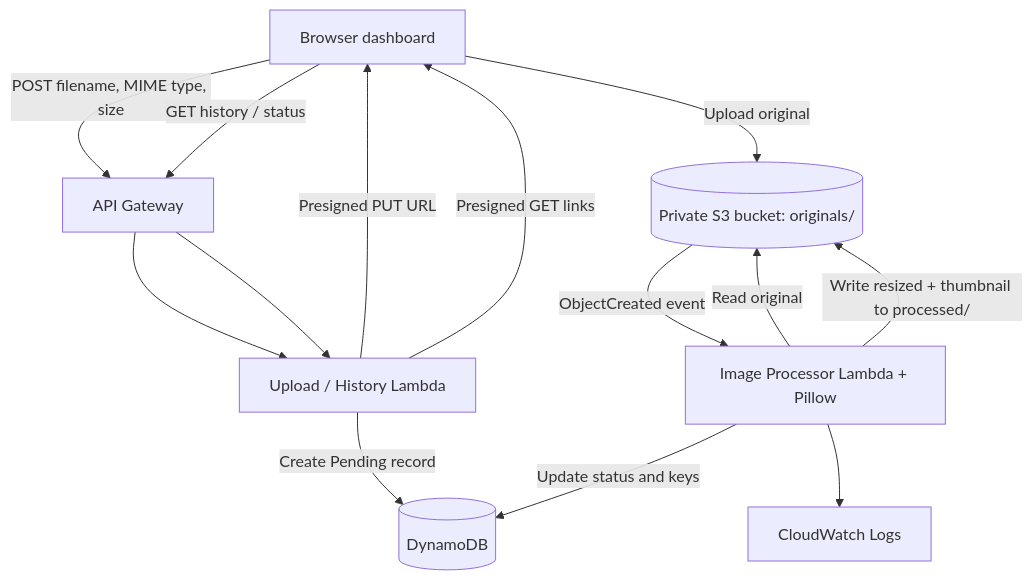
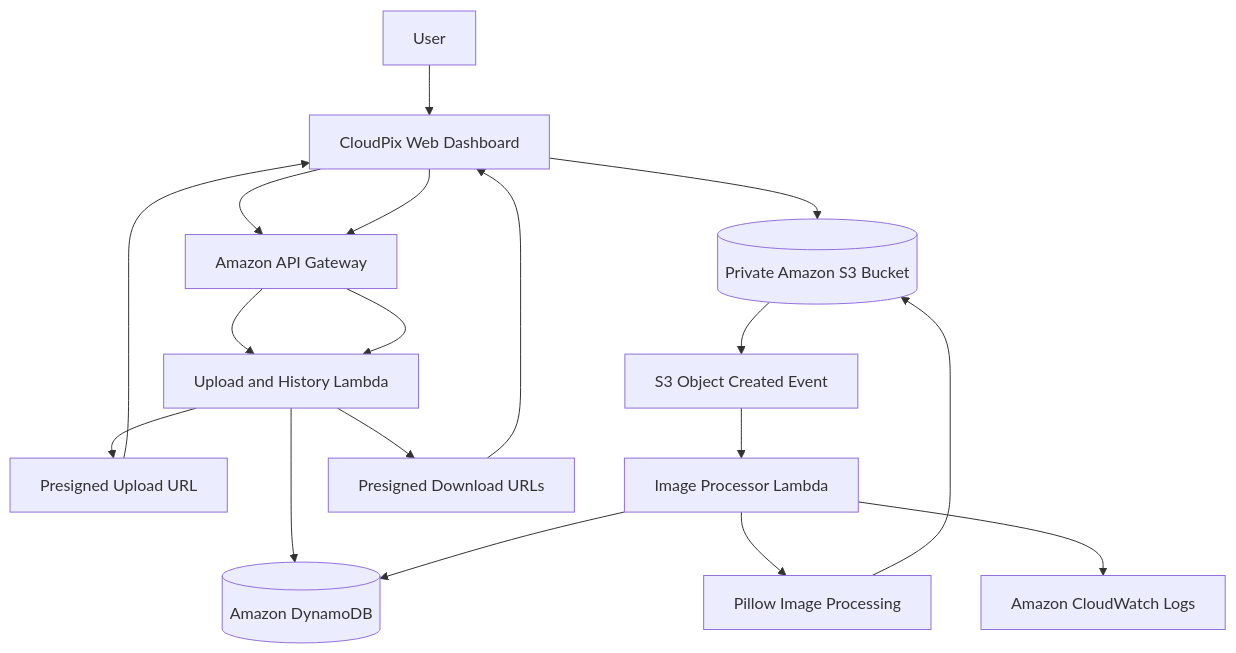
Before and after one commit to Kashish811/CloudPix: the diagram in README.md, drawn with Mermaid. The commit also changed other lines of this file and 13 other files, not shown here.

Commit message:
Add CloudPix CSPM security checks and UI updates

````diff
--- a/README.md
+++ b/README.md
@@ -38,16 +82,20 @@
 ```mermaid
 flowchart TD
-    U[Browser dashboard] -->|POST filename, MIME type, size| A[API Gateway]
-    A --> L[Upload / History Lambda]
-    L -->|Create Pending record| D[(DynamoDB)]
-    L -->|Presigned PUT URL| U
-    U -->|Upload original| S[(Private S3 bucket: originals/)]
-    S -->|ObjectCreated event| P[Image Processor Lambda + Pillow]
-    P -->|Read original| S
-    P -->|Write resized + thumbnail to processed/| S
-    P -->|Update status and keys| D
-    U -->|GET history / status| A
-    A --> L
-    L -->|Presigned GET links| U
-    P --> C[CloudWatch Logs]
+    A[User] --> B[CloudPix Web Dashboard]
+    B --> C[Amazon API Gateway]
+    C --> D[Upload and History Lambda]
+    D --> E[(Amazon DynamoDB)]
+    D --> F[Presigned Upload URL]
+    F --> B
+    B --> G[(Private Amazon S3 Bucket)]
+    G --> H[S3 Object Created Event]
+    H --> I[Image Processor Lambda]
+    I --> J[Pillow Image Processing]
+    J --> G
+    I --> E
+    B --> C
+    C --> D
+    D --> K[Presigned Download URLs]
+    K --> B
+    I --> L[Amazon CloudWatch Logs]
 ```
````
